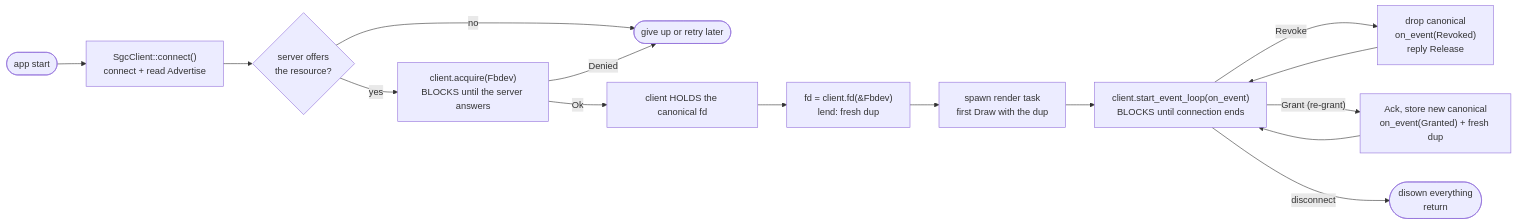
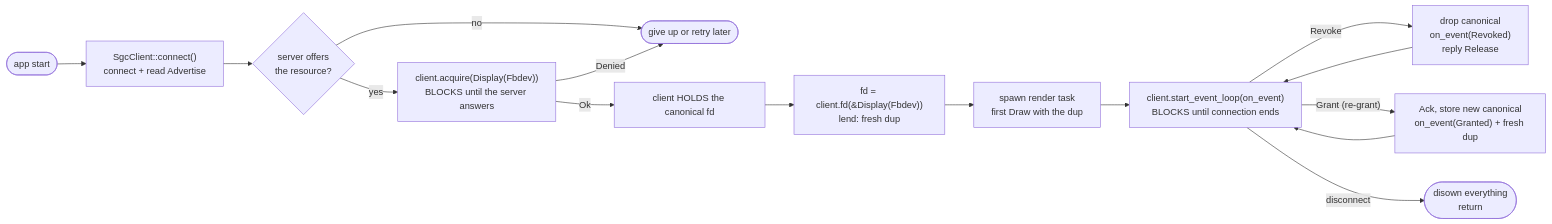
The diagram in docs/libsgc-rs.md (lulkien/simple-graphics-controller), drawn with Mermaid before and after one commit. The commit also changed other lines of this file and 1 other file, not shown here.

````diff
--- a/docs/libsgc-rs.md
+++ b/docs/libsgc-rs.md
@@ -100,17 +102,17 @@
 ```mermaid
 flowchart LR
     boot([app start]) --> conn["SgcClient::connect()<br/>connect + read Advertise"]
     conn --> chk{"server offers<br/>the resource?"}
     chk -- no --> giveup([give up or retry later])
-    chk -- yes --> acq["client.acquire(Fbdev)<br/>BLOCKS until the server answers"]
+    chk -- yes --> acq["client.acquire(Display(Fbdev))<br/>BLOCKS until the server answers"]
     acq -- Denied --> giveup
     acq -- Ok --> hold["client HOLDS the canonical fd"]
-    hold --> lend["fd = client.fd(&Fbdev)<br/>lend: fresh dup"]
+    hold --> lend["fd = client.fd(&Display(Fbdev))<br/>lend: fresh dup"]
     lend --> spawn["spawn render task<br/>first Draw with the dup"]
     spawn --> evloop["client.start_event_loop(on_event)<br/>BLOCKS until connection ends"]
     evloop -- Revoke --> revoke["drop canonical<br/>on_event(Revoked)<br/>reply Release"]
     revoke --> evloop
     evloop -- "Grant (re-grant)" --> regrant["Ack, store new canonical<br/>on_event(Granted) + fresh dup"]
     regrant --> evloop
     evloop -- disconnect --> done(["disown everything<br/>return"])
 ```
````
